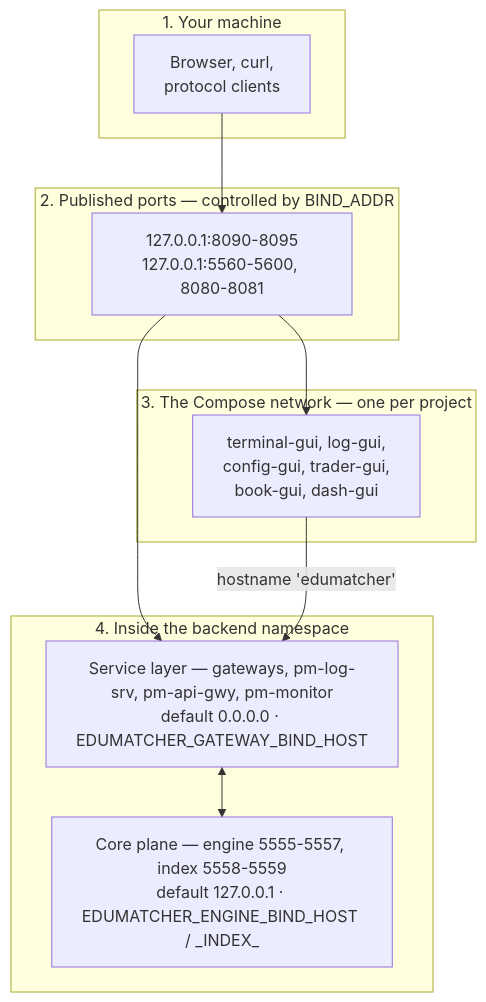
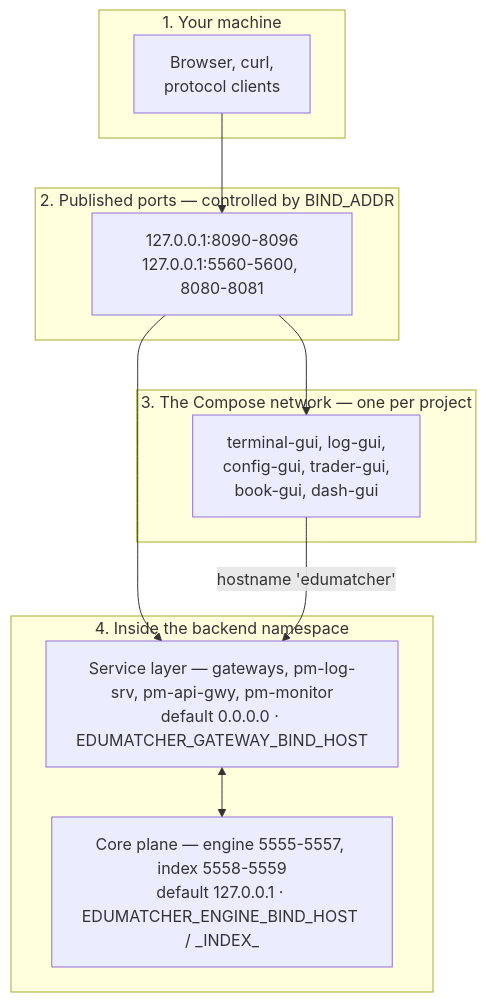
Before and after one commit to johan162/EduMatcher: the third of 8 diagrams in docs/books/architecture-and-development/part-4-developing/050-containers-and-networks.md, drawn with Mermaid. The commit also changed other lines of this file and 114 other files, not shown here.

````diff
--- a/docs/books/architecture-and-development/part-4-developing/050-containers-and-networks.md
+++ b/docs/books/architecture-and-development/part-4-developing/050-containers-and-networks.md
@@ -215,22 +216,22 @@
 ```mermaid
 flowchart TB
     subgraph L1["1. Your machine"]
         BR["Browser, curl,\nprotocol clients"]
     end
     subgraph L2["2. Published ports — controlled by BIND_ADDR"]
-        P["127.0.0.1:8090-8095\n127.0.0.1:5560-5600, 8080-8081"]
+        P["127.0.0.1:8090-8096\n127.0.0.1:5560-5600, 8080-8081"]
     end
     subgraph L3["3. The Compose network — one per project"]
         G["terminal-gui, log-gui,\nconfig-gui, trader-gui,\nbook-gui, dash-gui"]
     end
     subgraph L4["4. Inside the backend namespace"]
         GW["Service layer — gateways, pm-log-srv, pm-api-gwy, pm-monitor\ndefault 0.0.0.0 · EDUMATCHER_GATEWAY_BIND_HOST"]
         BUS["Core plane — engine 5555-5557, index 5558-5559\ndefault 127.0.0.1 · EDUMATCHER_ENGINE_BIND_HOST / _INDEX_"]
     end
 
     BR --> P
     P --> G
     P --> GW
     G -->|"hostname 'edumatcher'"| GW
     GW <--> BUS
 ```
````
